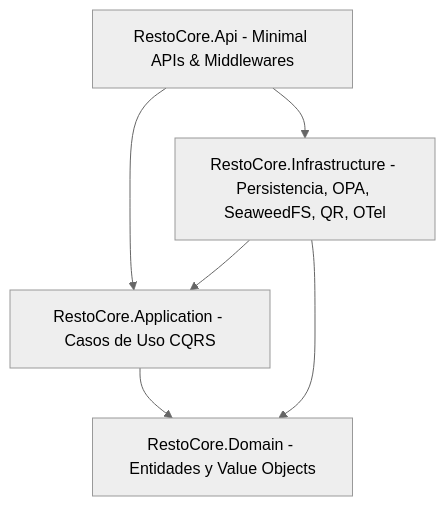
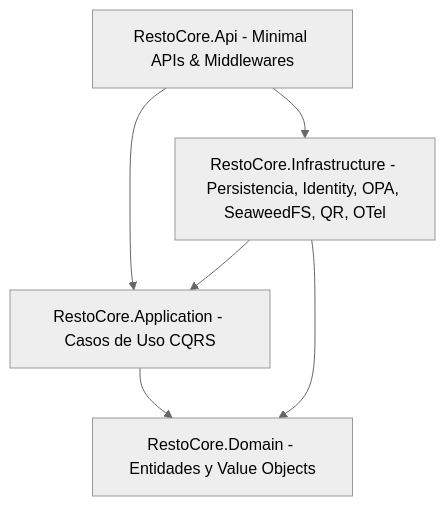
Before and after one commit to Manu07Alvarez/RestoCore-Docs: the diagram in docs/Website/docs/developers/arquitectura-backend-dotnet.md, drawn with Mermaid (neutral theme). The commit also changed other lines of this file and 3 other files, not shown here.

````diff
--- a/docs/Website/docs/developers/arquitectura-backend-dotnet.md
+++ b/docs/Website/docs/developers/arquitectura-backend-dotnet.md
@@ -35,8 +36,8 @@
 ```mermaid
 graph TD
     API[RestoCore.Api - Minimal APIs & Middlewares] --> APP[RestoCore.Application - Casos de Uso CQRS]
-    INFRA[RestoCore.Infrastructure - Persistencia, OPA, SeaweedFS, QR, OTel] --> APP
+    INFRA[RestoCore.Infrastructure - Persistencia, Identity, OPA, SeaweedFS, QR, OTel] --> APP
     APP --> DOM[RestoCore.Domain - Entidades y Value Objects]
     INFRA --> DOM
     API --> INFRA
 ```
````
